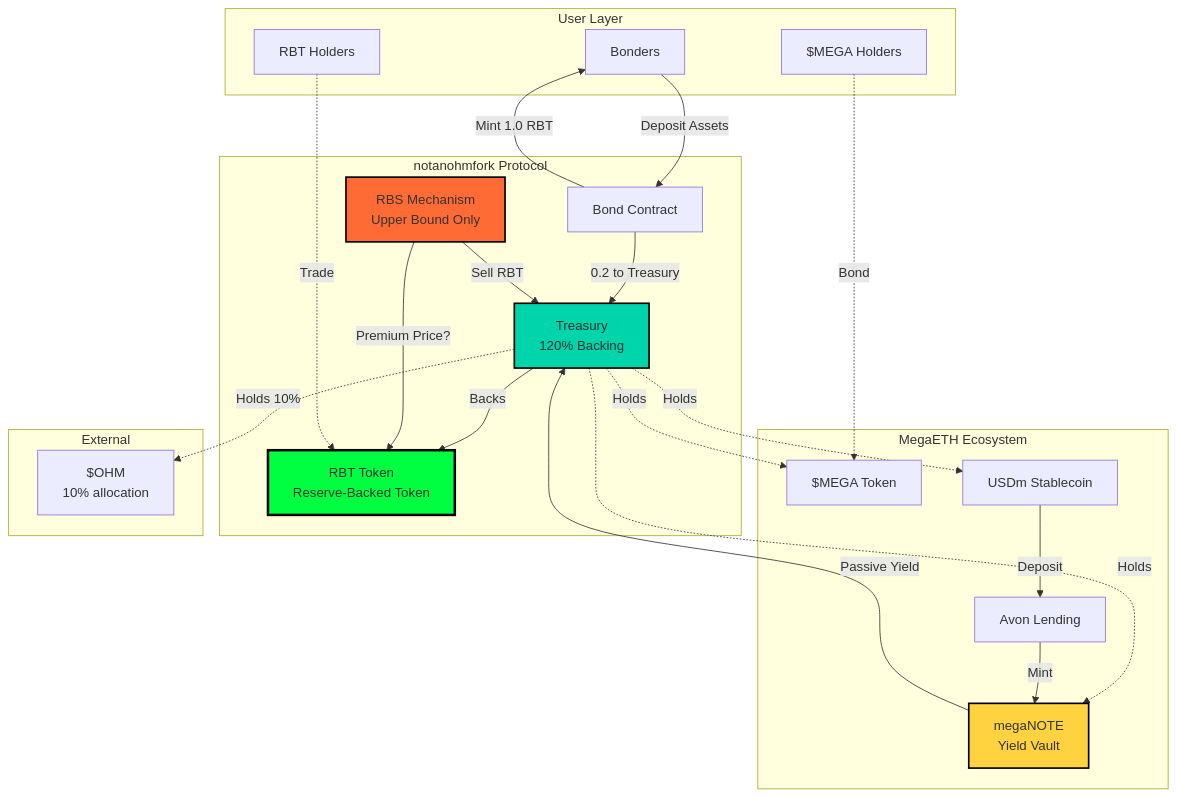
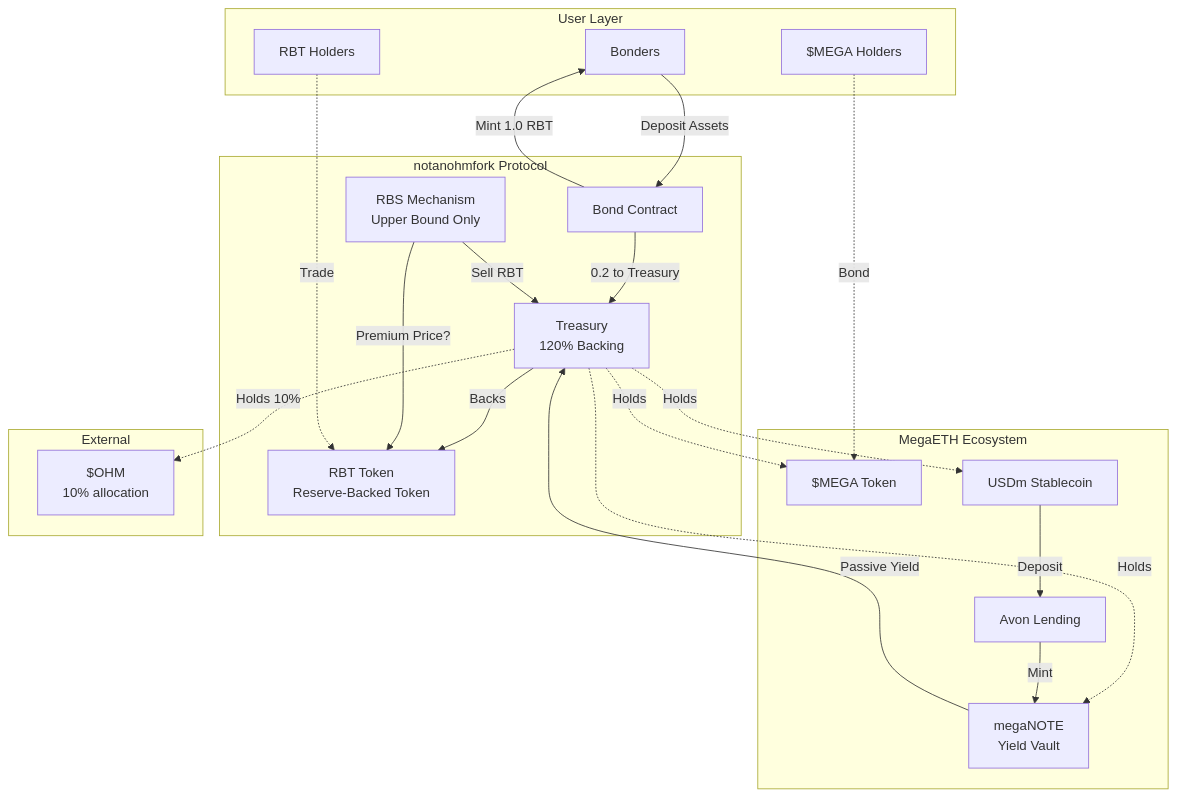
One commit to 0xJaehaerys/ohmega changed the first of 10 diagrams in docs/NOTANOHMFORK_DIAGRAMS.md. Above: the diagram before and after it, drawn with Mermaid. The commit also changed other lines of this file, not shown here.

Commit message:
Remove colors from diagrams

````diff
--- a/docs/NOTANOHMFORK_DIAGRAMS.md
+++ b/docs/NOTANOHMFORK_DIAGRAMS.md
@@ -9,51 +9,46 @@
 ```mermaid
 graph TB
     subgraph "User Layer"
         U1[Bonders]
         U2[RBT Holders]
         U3[$MEGA Holders]
     end
     
     subgraph "notanohmfork Protocol"
         BOND[Bond Contract]
         RBT[RBT Token<br/>Reserve-Backed Token]
         TREAS[Treasury<br/>120% Backing]
         RBS[RBS Mechanism<br/>Upper Bound Only]
     end
     
     subgraph "MegaETH Ecosystem"
         MEGA[$MEGA Token]
         USDM[USDm Stablecoin]
         AVON[Avon Lending]
         MNOTE[megaNOTE<br/>Yield Vault]
     end
     
     subgraph "External"
         OHM[$OHM<br/>10% allocation]
     end
     
     U1 -->|Deposit Assets| BOND
     BOND -->|Mint 1.0 RBT| U1
     BOND -->|0.2 to Treasury| TREAS
     
     TREAS -->|Backs| RBT
     TREAS -.->|Holds| MEGA
     TREAS -.->|Holds| MNOTE
     TREAS -.->|Holds| USDM
     TREAS -.->|Holds 10%| OHM
     
     RBS -->|Premium Price?| RBT
     RBS -->|Sell RBT| TREAS
     
     USDM -->|Deposit| AVON
     AVON -->|Mint| MNOTE
     MNOTE -->|Passive Yield| TREAS
     
     U2 -.->|Trade| RBT
     U3 -.->|Bond| MEGA
-
-    style RBT fill:#00ff41,stroke:#000,stroke-width:3px
-    style TREAS fill:#00d4aa,stroke:#000,stroke-width:2px
-    style RBS fill:#ff6b35,stroke:#000,stroke-width:2px
-    style MNOTE fill:#ffd23f,stroke:#000,stroke-width:2px
 ```
````
